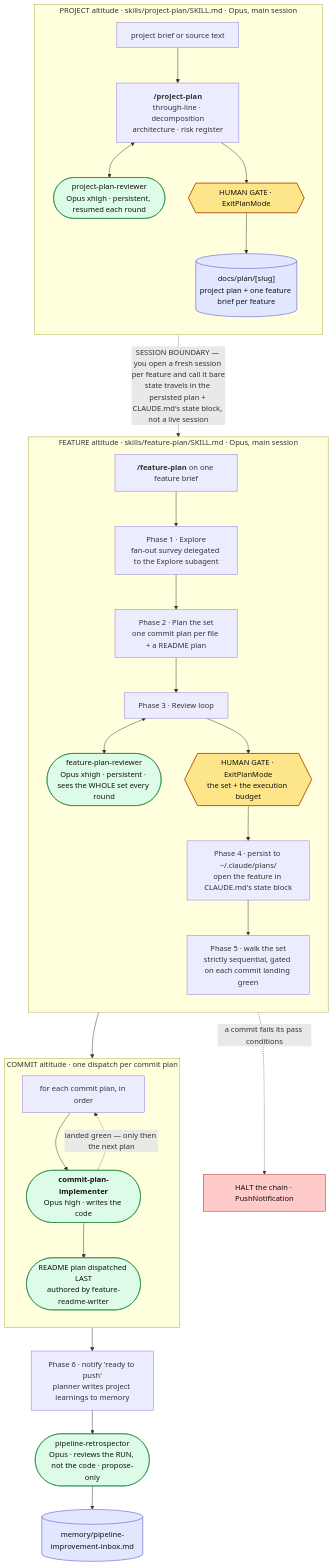
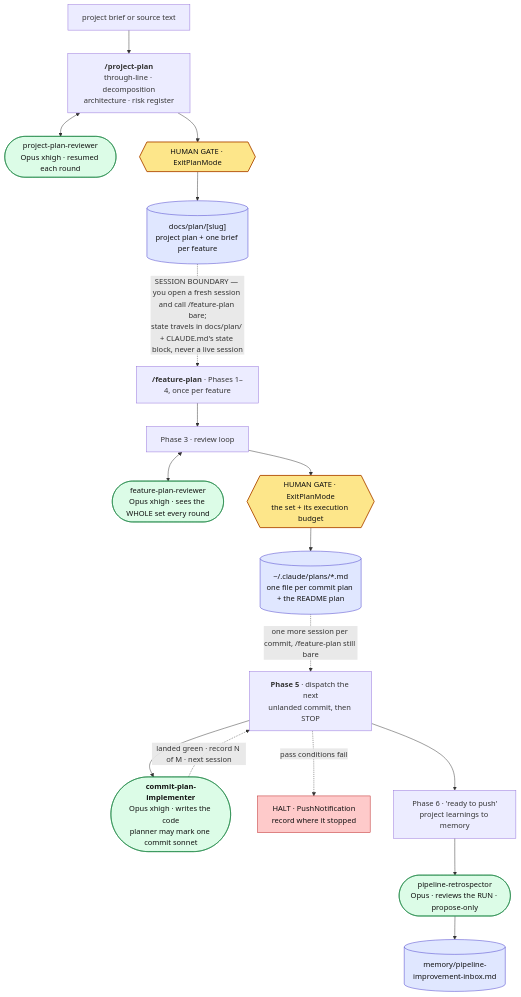
One commit to var-pi/dotfiles changed the first of 3 diagrams in .claude/PIPELINE.md. Above: the diagram before and after it, drawn with Mermaid. The commit also changed other lines of this file, not shown here.

First line of the commit message:
PIPELINE.md: cut 289 -> 211 lines and fix two-session-old staleness

````diff
--- a/.claude/PIPELINE.md
+++ b/.claude/PIPELINE.md
@@ -39,45 +33,31 @@
 ```mermaid
 flowchart TD
-    subgraph L1["PROJECT altitude · skills/project-plan/SKILL.md · Opus, main session"]
-        direction TB
-        B["project brief or source text"] --> MP["<b>/project-plan</b><br/>through-line · decomposition<br/>architecture · risk register"]
-        MP <--> MPR(["project-plan-reviewer<br/>Opus xhigh · persistent, resumed each round"])
-        MP --> G1{{"HUMAN GATE · ExitPlanMode"}}
-        G1 --> DP[("docs/plan/[slug]<br/>project plan + one feature brief per feature")]
-    end
+    B["project brief or source text"] --> MP["<b>/project-plan</b><br/>through-line · decomposition<br/>architecture · risk register"]
+    MP <--> MPR(["project-plan-reviewer<br/>Opus xhigh · resumed each round"])
+    MP --> G1{{"HUMAN GATE · ExitPlanMode"}}
+    G1 --> DP[("docs/plan/[slug]<br/>project plan + one brief per feature")]
 
-    subgraph L2["FEATURE altitude · skills/feature-plan/SKILL.md · Opus, main session"]
-        direction TB
-        PAD["<b>/feature-plan</b> on one feature brief"]
-        PAD --> P1["Phase 1 · Explore<br/>fan-out survey delegated to the Explore subagent"]
-        P1 --> P2["Phase 2 · Plan the set<br/>one commit plan per file + a README plan"]
-        P2 --> P3["Phase 3 · Review loop"]
-        P3 <--> FPR(["feature-plan-reviewer<br/>Opus xhigh · persistent · sees the WHOLE set every round"])
-        P3 --> G2{{"HUMAN GATE · ExitPlanMode<br/>the set + the execution budget"}}
-        G2 --> P4["Phase 4 · persist to ~/.claude/plans/<br/>open the feature in CLAUDE.md's state block"]
-        P4 --> P5["Phase 5 · walk the set<br/>strictly sequential, gated on each commit landing green"]
-    end
+    DP -. "SESSION BOUNDARY — you open a fresh session and call /feature-plan bare;<br/>state travels in docs/plan/ + CLAUDE.md's state block, never a live session" .-> PAD
 
-    subgraph L3["COMMIT altitude · one dispatch per commit plan"]
-        direction TB
-        LOOP["for each commit plan, in order"] --> IMP(["<b>commit-plan-implementer</b><br/>Opus high · writes the code"])
-        IMP -. "landed green — only then the next plan" .-> LOOP
-        IMP --> RM(["README plan dispatched LAST<br/>authored by feature-readme-writer"])
-    end
+    PAD["<b>/feature-plan</b> · Phases 1–4, once per feature"] --> P3["Phase 3 · review loop"]
+    P3 <--> FPR(["feature-plan-reviewer<br/>Opus xhigh · sees the WHOLE set every round"])
+    P3 --> G2{{"HUMAN GATE · ExitPlanMode<br/>the set + its execution budget"}}
+    G2 --> PLANS[("~/.claude/plans/*.md<br/>one file per commit plan + the README plan")]
 
-    DP -. "SESSION BOUNDARY — you open a fresh session per feature and call it bare<br/>state travels in the persisted plan + CLAUDE.md's state block, not a live session" .-> PAD
-    P5 --> LOOP
-    RM --> P6["Phase 6 · notify 'ready to push'<br/>planner writes project learnings to memory"]
-    P6 --> RETRO(["pipeline-retrospector<br/>Opus · reviews the RUN, not the code · propose-only"])
+    PLANS -. "one more session per commit, /feature-plan still bare" .-> P5["<b>Phase 5</b> · dispatch the next<br/>unlanded commit, then STOP"]
+    P5 --> IMP(["<b>commit-plan-implementer</b><br/>Opus xhigh · writes the code<br/>planner may mark one commit sonnet"])
+    IMP -. "landed green · record N of M · next session" .-> P5
+    P5 -. "pass conditions fail" .-> HALT["HALT · PushNotification<br/>record where it stopped"]
+    P5 --> P6["Phase 6 · 'ready to push'<br/>project learnings to memory"]
+    P6 --> RETRO(["pipeline-retrospector<br/>Opus · reviews the RUN · propose-only"])
     RETRO --> INBOX[("memory/pipeline-improvement-inbox.md")]
-    P5 -. "a commit fails its pass conditions" .-> HALT["HALT the chain · PushNotification"]
 
     classDef gate fill:#fde68a,stroke:#b45309,stroke-width:2px,color:#111;
     classDef store fill:#e0e7ff,stroke:#4338ca,color:#111;
     classDef agent fill:#dcfce7,stroke:#15803d,color:#111;
     classDef stop fill:#fecaca,stroke:#b91c1c,color:#111;
     class G1,G2 gate;
-    class DP,INBOX store;
-    class MPR,FPR,IMP,RM,RETRO agent;
+    class DP,PLANS,INBOX store;
+    class MPR,FPR,IMP,RETRO agent;
     class HALT stop;
 ```
````
